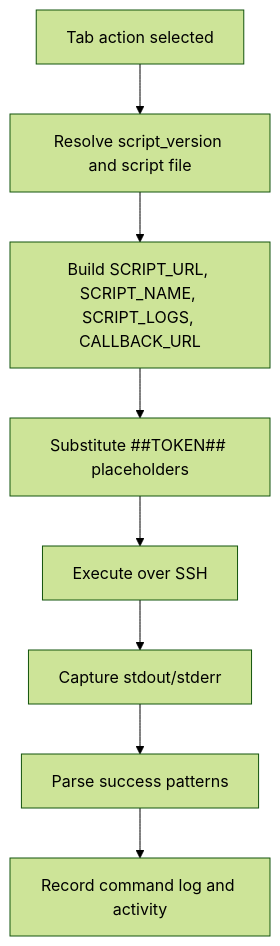
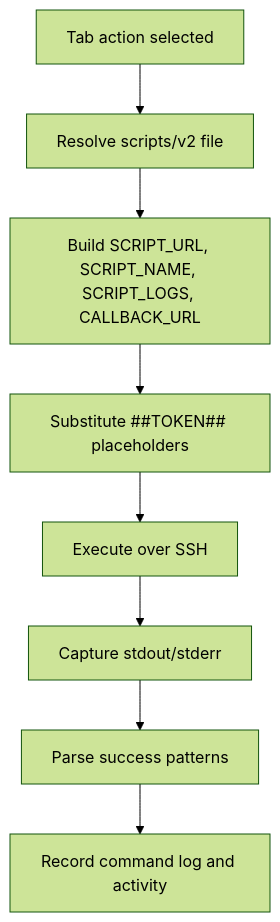
Before and after one commit to onedogsolutions/simple-stack: the sixth of 8 diagrams in .qoder/repowiki/en/content/WordPress Application Engine/WordPress Application Engine.md, drawn with Mermaid (forest theme). The commit also changed other lines of this file and 5941 other files, not shown here.

````diff
--- a/.qoder/repowiki/en/content/WordPress Application Engine/WordPress Application Engine.md
+++ b/.qoder/repowiki/en/content/WordPress Application Engine/WordPress Application Engine.md
@@ -292,10 +292,10 @@
 ```mermaid
 flowchart TD
-Action["Tab action selected"] --> Resolve["Resolve script_version and script file"]
+Action["Tab action selected"] --> Resolve["Resolve scripts/v2 file"]
 Resolve --> BuildArgs["Build SCRIPT_URL, SCRIPT_NAME, SCRIPT_LOGS, CALLBACK_URL"]
 BuildArgs --> Placeholders["Substitute ##TOKEN## placeholders"]
 Placeholders --> Execute["Execute over SSH"]
 Execute --> Output["Capture stdout/stderr"]
 Output --> Parse["Parse success patterns"]
 Parse --> Log["Record command log and activity"]
 ```
````
